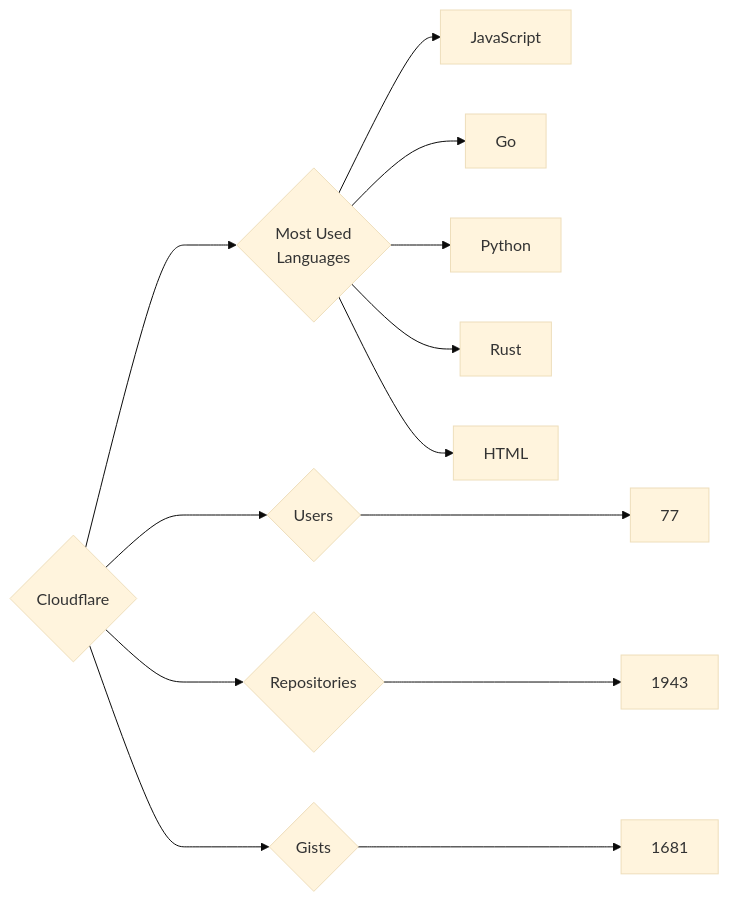
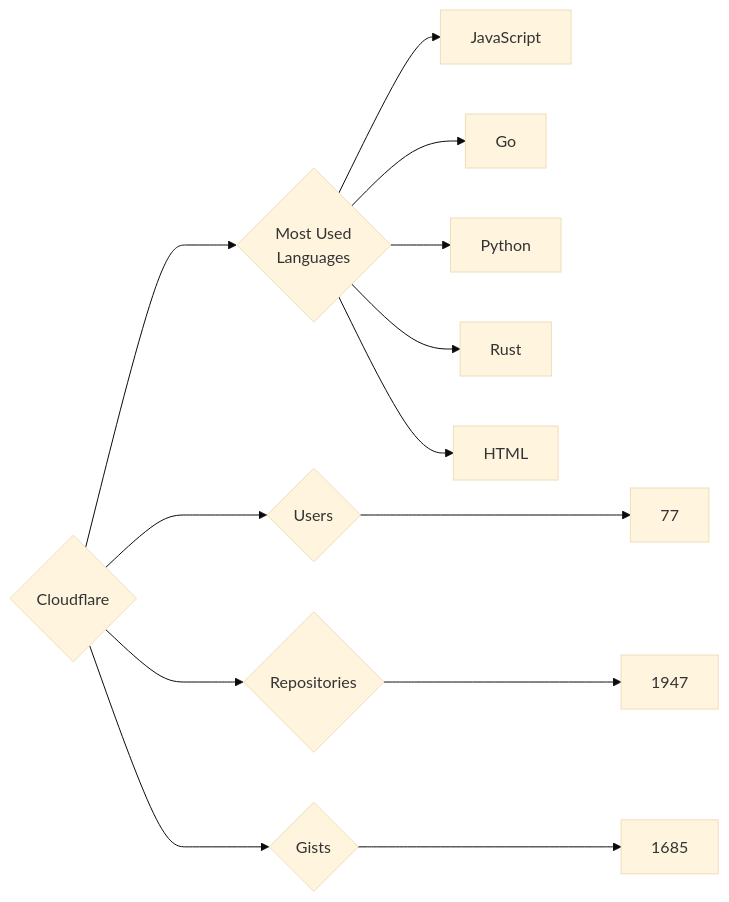
One commit to trickest/insiders changed the diagram in targets/Cloudflare/README.md. Above: the diagram before and after it, drawn with Mermaid (base theme). The commit also changed 1020 other files, not shown here.

````diff
--- a/targets/Cloudflare/README.md
+++ b/targets/Cloudflare/README.md
@@ -3,13 +3,13 @@
 ```mermaid
 graph LR
 COMPANY_NAME{Cloudflare}
 COMPANY_NAME ---> U{Users} ---> UN[77]
-COMPANY_NAME ---> R{Repositories} ---> RN[1943]
-COMPANY_NAME ---> G{Gists} ---> GN[1681]
+COMPANY_NAME ---> R{Repositories} ---> RN[1947]
+COMPANY_NAME ---> G{Gists} ---> GN[1685]
 COMPANY_NAME ---> ML{Most Used<br>Languages}
 ML --> JavaScript[JavaScript]
 ML --> Go[Go]
 ML --> Python[Python]
 ML --> Rust[Rust]
 ML --> HTML[HTML]
 ```
````
